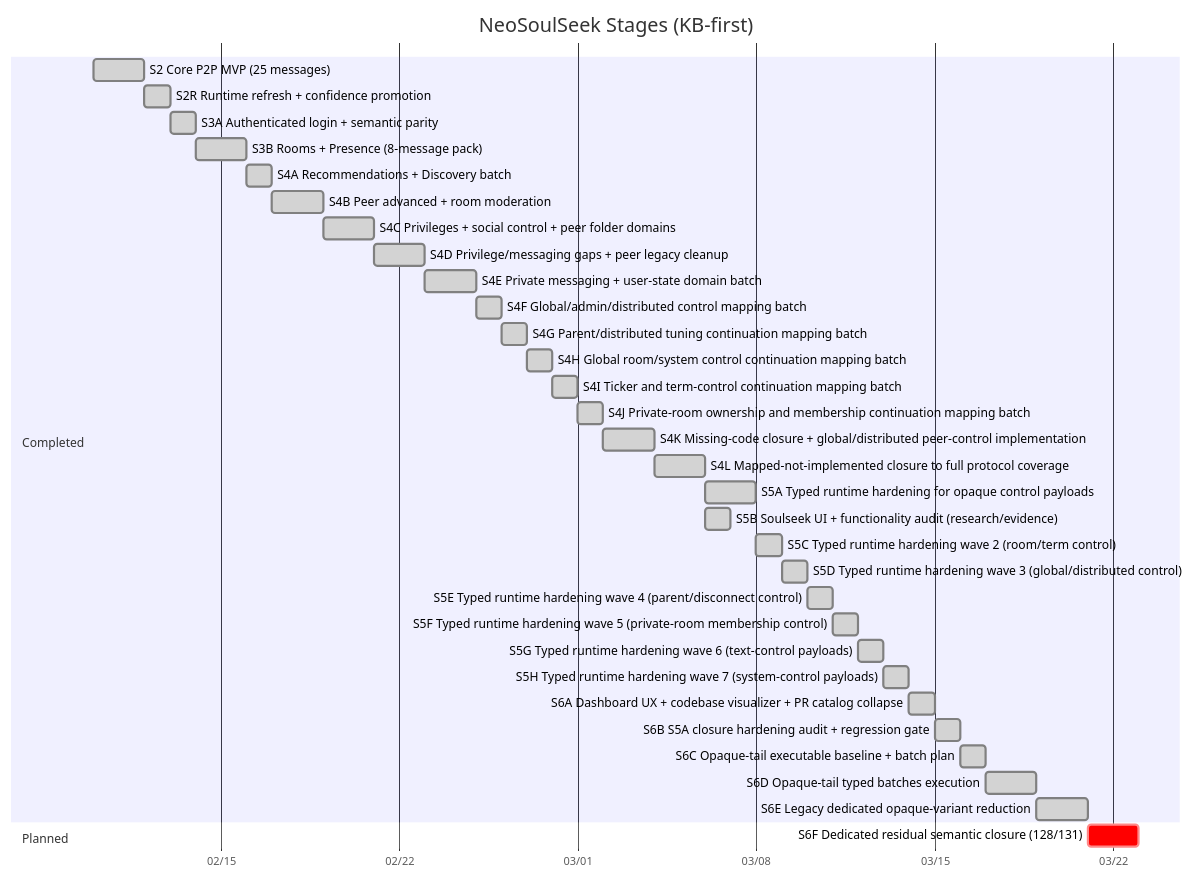
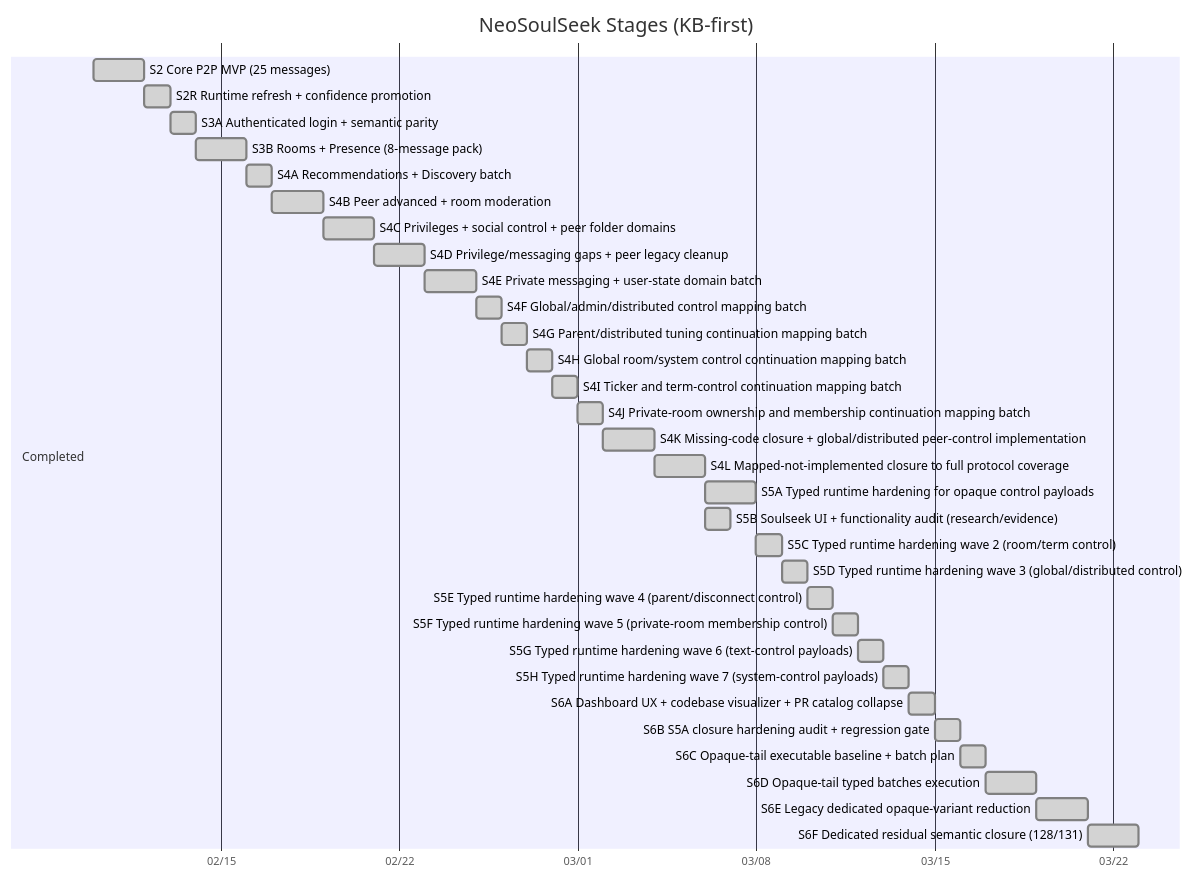
Before and after one commit to fedejinich/nss: the first of 5 diagrams in docs/state/roadmap.md, drawn with Mermaid. The commit also changed other lines of this file and 29 other files, not shown here.

Commit message:
feat: close s6f residual legacy semantic payloads

````diff
--- a/docs/state/roadmap.md
+++ b/docs/state/roadmap.md
@@ -17,38 +17,37 @@
 ```mermaid
 gantt
     title NeoSoulSeek Stages (KB-first)
     dateFormat  YYYY-MM-DD
     axisFormat  %m/%d
     section Completed
     S2 Core P2P MVP (25 messages) :done, s2, 2026-02-10, 2d
     S2R Runtime refresh + confidence promotion :done, s2r, after s2, 1d
     S3A Authenticated login + semantic parity :done, s3a, after s2r, 1d
     S3B Rooms + Presence (8-message pack) :done, s3b, 2026-02-14, 2d
     S4A Recommendations + Discovery batch :done, s4a, after s3b, 1d
     S4B Peer advanced + room moderation :done, s4b, after s4a, 2d
     S4C Privileges + social control + peer folder domains :done, s4c, after s4b, 2d
     S4D Privilege/messaging gaps + peer legacy cleanup :done, s4d, after s4c, 2d
     S4E Private messaging + user-state domain batch :done, s4e, after s4d, 2d
     S4F Global/admin/distributed control mapping batch :done, s4f, after s4e, 1d
     S4G Parent/distributed tuning continuation mapping batch :done, s4g, after s4f, 1d
     S4H Global room/system control continuation mapping batch :done, s4h, after s4g, 1d
     S4I Ticker and term-control continuation mapping batch :done, s4i, after s4h, 1d
     S4J Private-room ownership and membership continuation mapping batch :done, s4j, after s4i, 1d
     S4K Missing-code closure + global/distributed peer-control implementation :done, s4k, after s4j, 2d
     S4L Mapped-not-implemented closure to full protocol coverage :done, s4l, after s4k, 2d
     S5A Typed runtime hardening for opaque control payloads :done, s5a, after s4l, 2d
     S5B Soulseek UI + functionality audit (research/evidence) :done, s5b, after s4l, 1d
     S5C Typed runtime hardening wave 2 (room/term control) :done, s5c, after s5a, 1d
     S5D Typed runtime hardening wave 3 (global/distributed control) :done, s5d, after s5c, 1d
     S5E Typed runtime hardening wave 4 (parent/disconnect control) :done, s5e, after s5d, 1d
     S5F Typed runtime hardening wave 5 (private-room membership control) :done, s5f, after s5e, 1d
     S5G Typed runtime hardening wave 6 (text-control payloads) :done, s5g, after s5f, 1d
     S5H Typed runtime hardening wave 7 (system-control payloads) :done, s5h, after s5g, 1d
     S6A Dashboard UX + codebase visualizer + PR catalog collapse :done, s6a, after s5h, 1d
     S6B S5A closure hardening audit + regression gate :done, s6b, after s6a, 1d
     S6C Opaque-tail executable baseline + batch plan :done, s6c, after s6b, 1d
     S6D Opaque-tail typed batches execution :done, s6d, after s6c, 2d
     S6E Legacy dedicated opaque-variant reduction :done, s6e, after s6d, 2d
-    section Planned
-    S6F Dedicated residual semantic closure (128/131) :crit, s6f, after s6e, 2d
+    S6F Dedicated residual semantic closure (128/131) :done, s6f, after s6e, 2d
 ```
````
